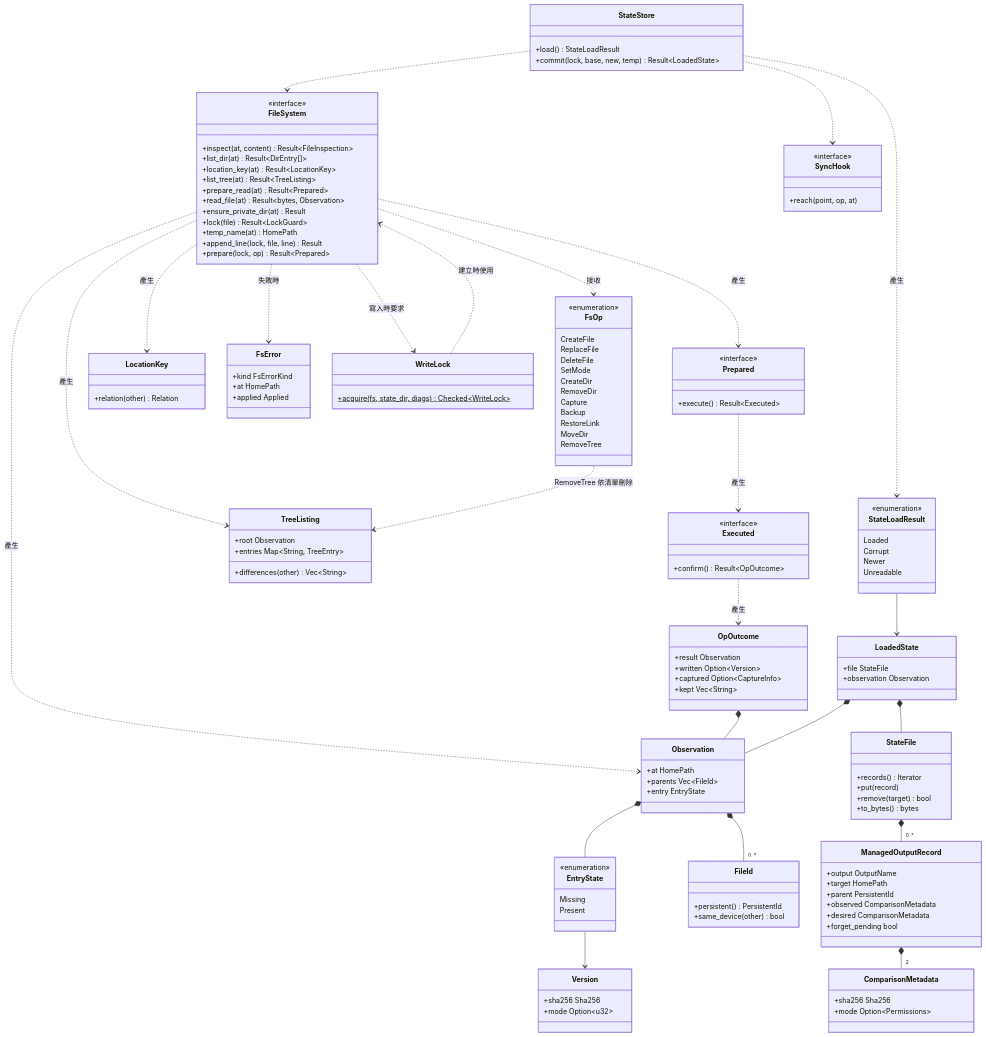
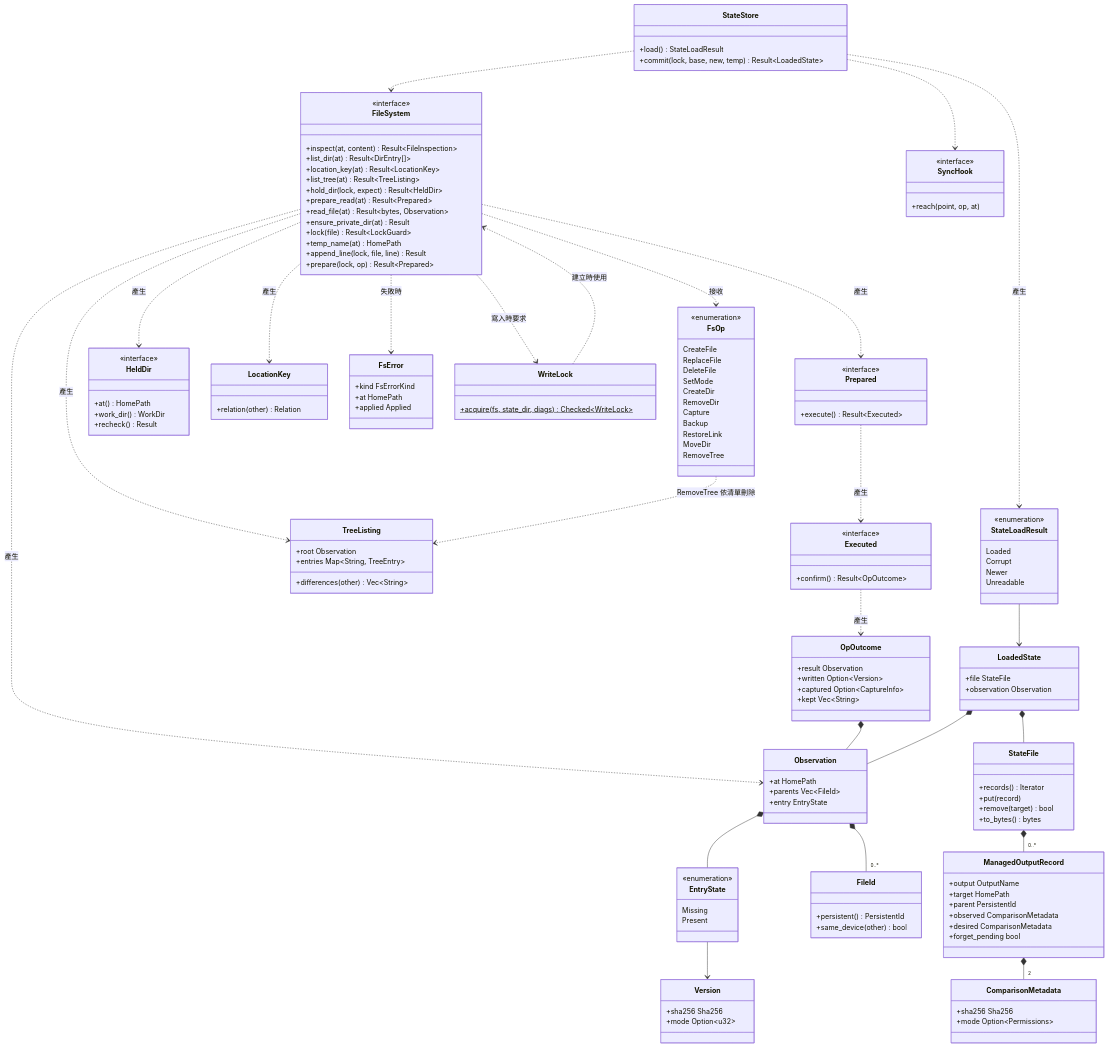
Before and after one commit to accidental-two-timer-sam-woof/rosamta-waterfall: the seventh of 10 diagrams in docs/05-detailed-design/uml.md, drawn with Mermaid. The commit also changed other lines of this file and 1 other file, not shown here.

Commit message:
docs(detailed-design): run git clone inside the held staging directory

```diff
--- a/docs/05-detailed-design/uml.md
+++ b/docs/05-detailed-design/uml.md
@@ -466,6 +466,7 @@
         +list_dir(at) Result~DirEntry[]~
         +location_key(at) Result~LocationKey~
         +list_tree(at) Result~TreeListing~
+        +hold_dir(lock, expect) Result~HeldDir~
         +prepare_read(at) Result~Prepared~
         +read_file(at) Result~bytes, Observation~
         +ensure_private_dir(at) Result
@@ -501,6 +502,12 @@
         +written Option~Version~
         +captured Option~CaptureInfo~
         +kept Vec~String~
+    }
+    class HeldDir {
+        <<interface>>
+        +at() HomePath
+        +work_dir() WorkDir
+        +recheck() Result
     }
     class TreeListing {
         +root Observation
@@ -581,6 +588,7 @@
     FileSystem ..> Observation : 產生
     FileSystem ..> LocationKey : 產生
     FileSystem ..> TreeListing : 產生
+    FileSystem ..> HeldDir : 產生
     FsOp ..> TreeListing : RemoveTree 依清單刪除
     FileSystem ..> FsError : 失敗時
     FileSystem ..> WriteLock : 寫入時要求
```
